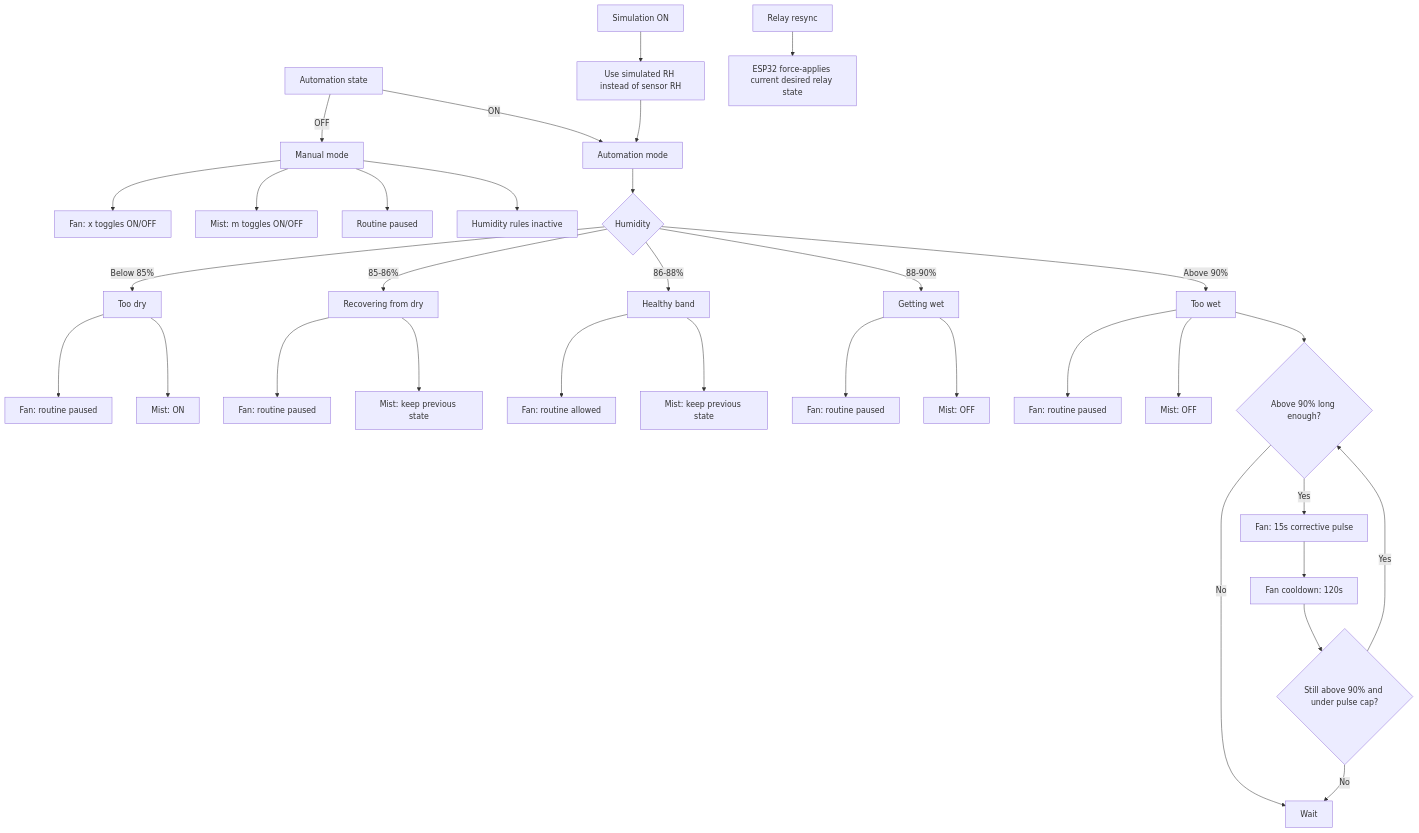
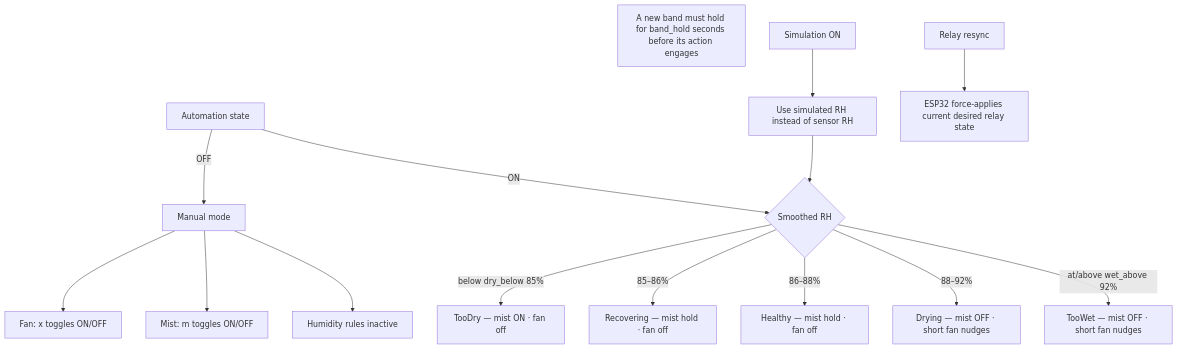
Before and after one commit to Genoux/monotub: the diagram in README.md, drawn with Mermaid. The commit also changed other lines of this file and 26 other files, not shown here.

First line of the commit message:
refactor(automation): simplify to linear humidity band model

````diff
--- a/README.md
+++ b/README.md
@@ -7,43 +12,19 @@
 ```mermaid
 flowchart TD
-  A[Automation state] -->|OFF| B[Manual mode]
-  B --> B1[Fan: x toggles ON/OFF]
-  B --> B2[Mist: m toggles ON/OFF]
-  B --> B3[Routine paused]
-  B --> B4[Humidity rules inactive]
+  A[Automation state] -->|OFF| M[Manual mode]
+  M --> M1[Fan: x toggles ON/OFF]
+  M --> M2[Mist: m toggles ON/OFF]
+  M --> M3[Humidity rules inactive]
 
-  A -->|ON| C[Automation mode]
-  C --> D{Humidity}
+  A -->|ON| B{Smoothed RH}
+  B -->|below dry_below 85%| D1[TooDry — mist ON · fan off]
+  B -->|85–86%| D2[Recovering — mist hold · fan off]
+  B -->|86–88%| D3[Healthy — mist hold · fan off]
+  B -->|88–92%| D4[Drying — mist OFF · short fan nudges]
+  B -->|at/above wet_above 92%| D5[TooWet — mist OFF · short fan nudges]
 
-  D -->|Below 85%| E[Too dry]
-  E --> E1[Fan: routine paused]
-  E --> E2[Mist: ON]
+  H[A new band must hold for band_hold seconds before its action engages]
 
-  D -->|85-86%| F[Recovering from dry]
-  F --> F1[Fan: routine paused]
-  F --> F2[Mist: keep previous state]
-
-  D -->|86-88%| G[Healthy band]
-  G --> G1[Fan: routine allowed]
-  G --> G2[Mist: keep previous state]
-
-  D -->|88-90%| H[Getting wet]
-  H --> H1[Fan: routine paused]
-  H --> H2[Mist: OFF]
-
-  D -->|Above 90%| I[Too wet]
-  I --> I1[Fan: routine paused]
-  I --> I2[Mist: OFF]
-  I --> I3{Above 90% long enough?}
-  I3 -->|No| I4[Wait]
-  I3 -->|Yes| I5[Fan: 15s corrective pulse]
-  I5 --> I6[Fan cooldown: 120s]
-  I6 --> I7{Still above 90% and under pulse cap?}
-  I7 -->|Yes| I3
-  I7 -->|No| I4
-
-  S[Simulation ON] --> S1[Use simulated RH instead of sensor RH]
-  S1 --> C
-
+  S[Simulation ON] --> S1[Use simulated RH instead of sensor RH] --> B
   R[Relay resync] --> R1[ESP32 force-applies current desired relay state]
 ```
````
